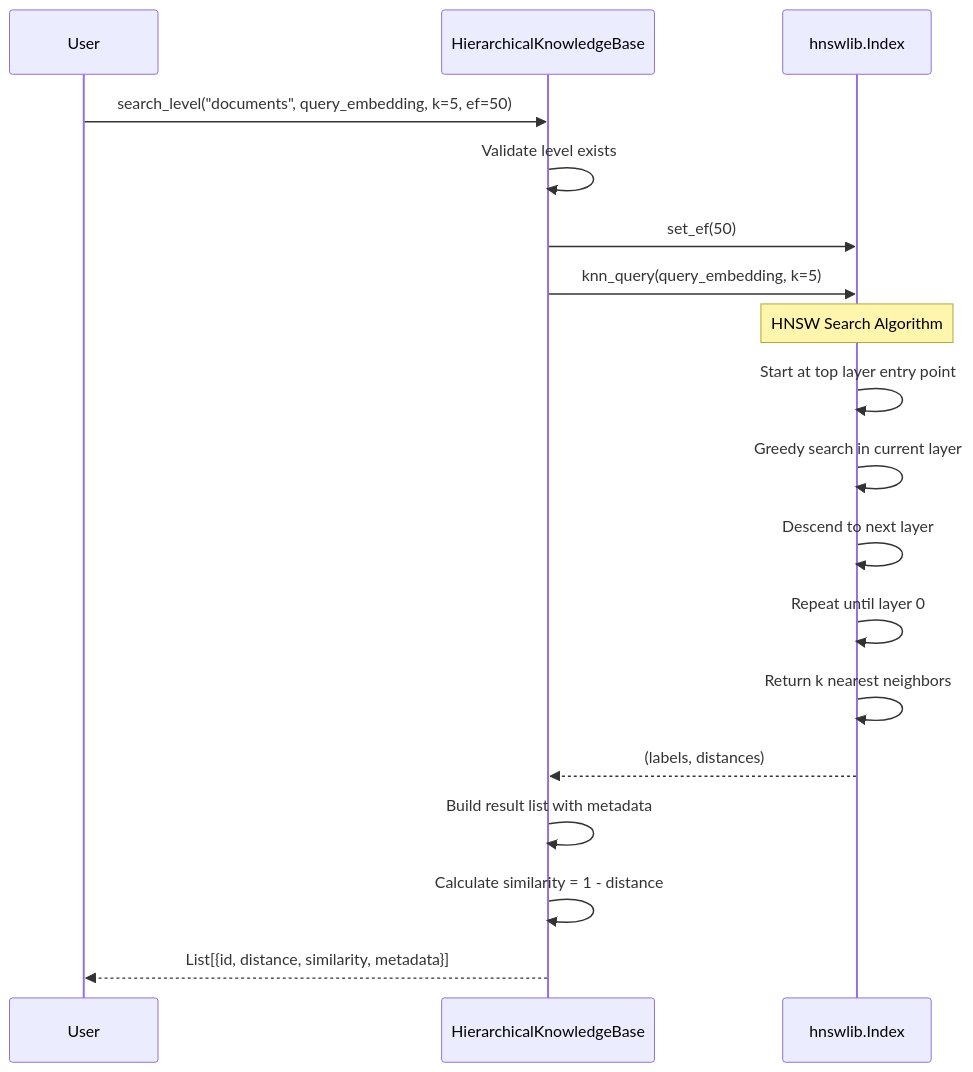
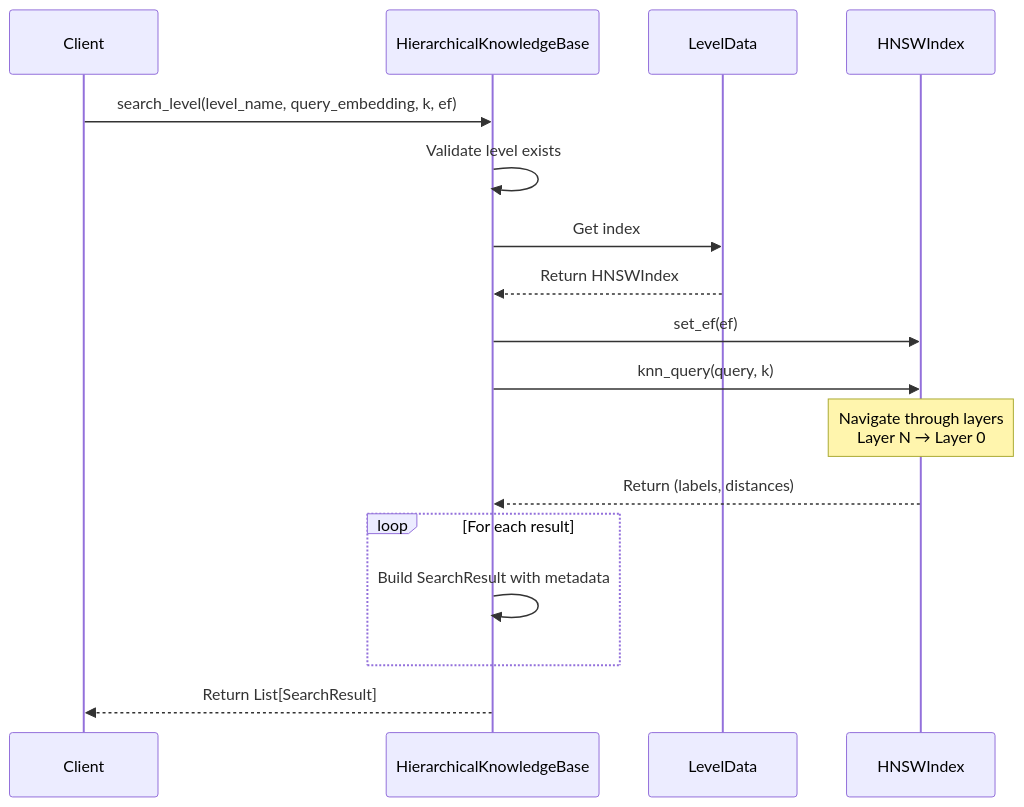
One commit to dimitarpg13/rag_architectures_and_concepts changed the fourth of 16 diagrams in src/examples/hnsw/hnsw_hierarchical_reasoning.md. Above: the diagram before and after it, drawn with Mermaid. The commit also changed other lines of this file, not shown here.

Commit message:
update diagram

````diff
--- a/src/examples/hnsw/hnsw_hierarchical_reasoning.md
+++ b/src/examples/hnsw/hnsw_hierarchical_reasoning.md
@@ -225,23 +146,24 @@
 ```mermaid
 sequenceDiagram
-    participant User
+    participant Client
     participant KB as HierarchicalKnowledgeBase
-    participant HNSW as hnswlib.Index
+    participant Level as LevelData
+    participant HNSW as HNSWIndex
+
+    Client->>KB: search_level(level_name, query_embedding, k, ef)
+    KB->>KB: Validate level exists
+    KB->>Level: Get index
+    Level-->>KB: Return HNSWIndex
+    KB->>HNSW: set_ef(ef)
+    KB->>HNSW: knn_query(query, k)
     
-    User->>KB: search_level("documents", query_embedding, k=5, ef=50)
-    KB->>KB: Validate level exists
-    KB->>HNSW: set_ef(50)
-    KB->>HNSW: knn_query(query_embedding, k=5)
+    Note over HNSW: Navigate through layers<br/>Layer N → Layer 0
     
-    Note over HNSW: HNSW Search Algorithm
-    HNSW->>HNSW: Start at top layer entry point
-    HNSW->>HNSW: Greedy search in current layer
-    HNSW->>HNSW: Descend to next layer
-    HNSW->>HNSW: Repeat until layer 0
-    HNSW->>HNSW: Return k nearest neighbors
+    HNSW-->>KB: Return (labels, distances)
     
-    HNSW-->>KB: (labels, distances)
-    KB->>KB: Build result list with metadata
-    KB->>KB: Calculate similarity = 1 - distance
-    KB-->>User: List[{id, distance, similarity, metadata}]
+    loop For each result
+        KB->>KB: Build SearchResult with metadata
+    end
+    
+    KB-->>Client: Return List[SearchResult]
 ```
````
